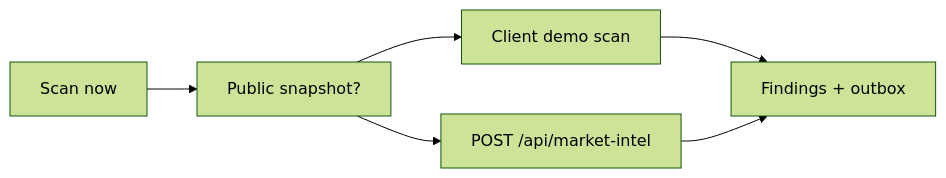
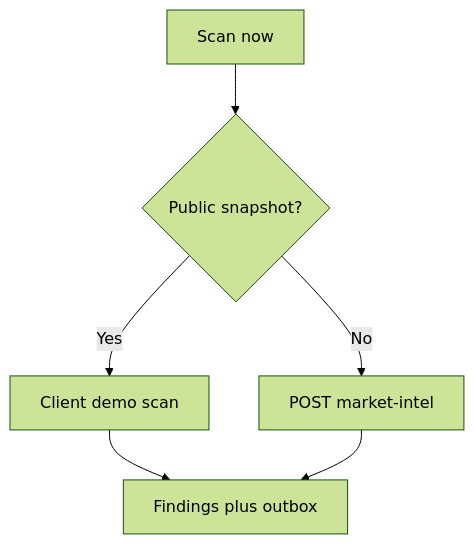
The sixth of 6 diagrams in platform/docs/TSD.md (hxyan2020/PRD), drawn with Mermaid (forest theme) before and after one commit. The commit also changed other lines of this file and 12 other files, not shown here.

First line of the commit message:
Add flowcharts and sequence diagrams to admin docs

````diff
--- a/platform/docs/TSD.md
+++ b/platform/docs/TSD.md
@@ -505,8 +519,8 @@
 ```mermaid
-graph LR
-  Click[Scan now] --> Detect[Public snapshot?]
-  Detect --> Demo[Client demo scan]
-  Detect --> Api[POST /api/market-intel]
-  Demo --> Desk[Findings + outbox]
+graph TD
+  Click[Scan now] --> Detect{Public snapshot?}
+  Detect -->|Yes| Demo[Client demo scan]
+  Detect -->|No| Api[POST market-intel]
+  Demo --> Desk[Findings plus outbox]
   Api --> Desk
 ```
````
